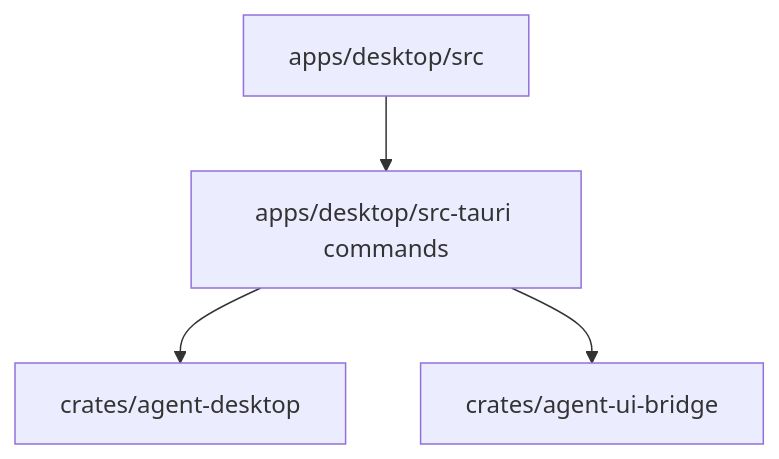
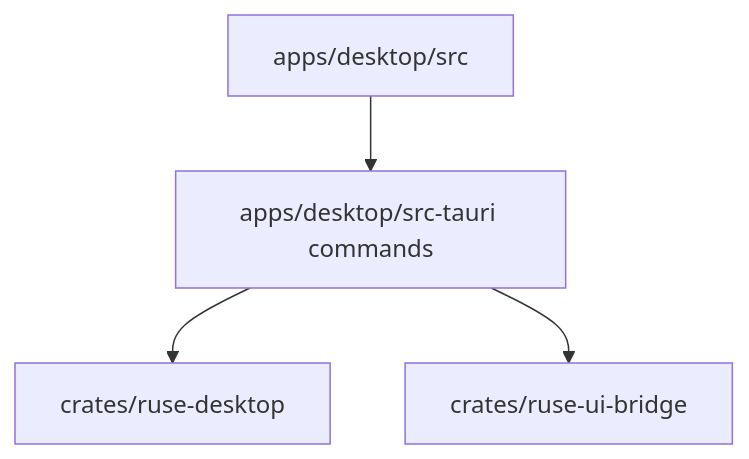
The diagram in docs/specs/M21-01-tauri-shell.spec.md (poneding/agent), drawn with Mermaid before and after one commit. The commit also changed other lines of this file and 2091 other files, not shown here.

First line of the commit message:
refactor: rename agent branding to ruse

````diff
--- a/docs/specs/M21-01-tauri-shell.spec.md
+++ b/docs/specs/M21-01-tauri-shell.spec.md
@@ -33,6 +33,6 @@
 ```mermaid
 flowchart TD
   Frontend["apps/desktop/src"] --> TauriCommands["apps/desktop/src-tauri commands"]
-  TauriCommands --> DesktopContracts["crates/agent-desktop"]
-  TauriCommands --> UiBridge["crates/agent-ui-bridge"]
+  TauriCommands --> DesktopContracts["crates/ruse-desktop"]
+  TauriCommands --> UiBridge["crates/ruse-ui-bridge"]
 ```
````
